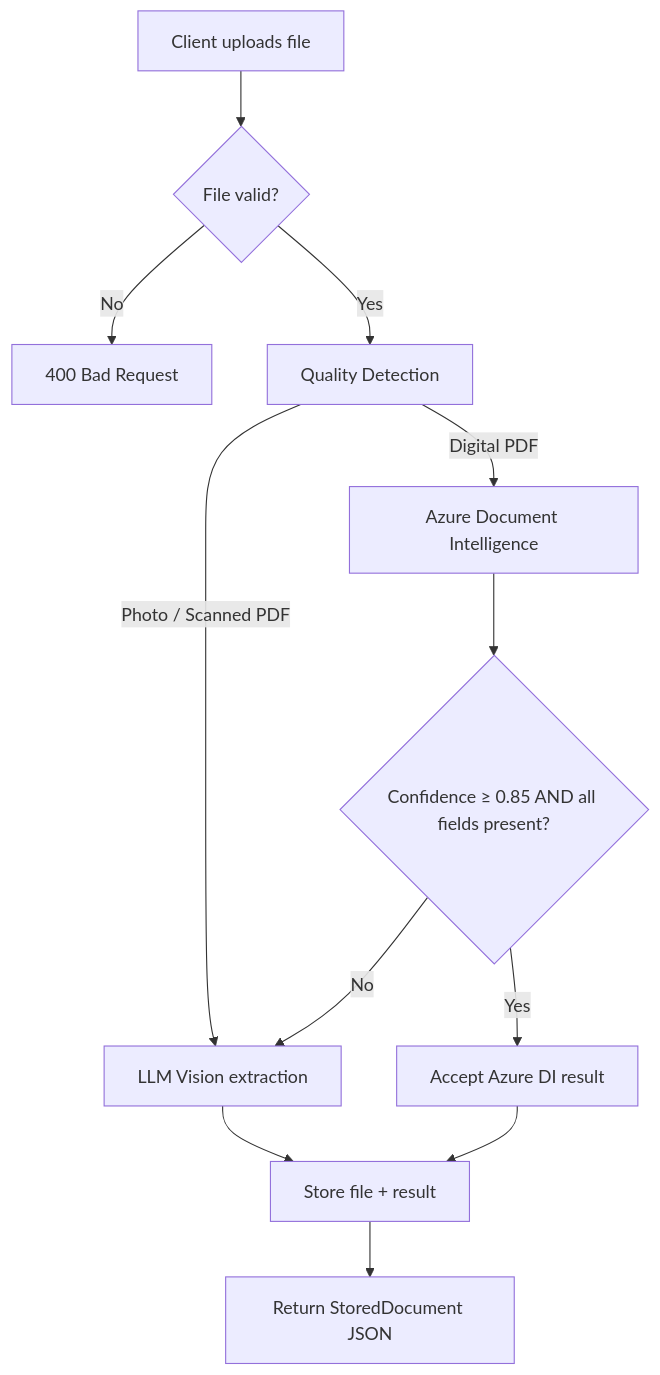
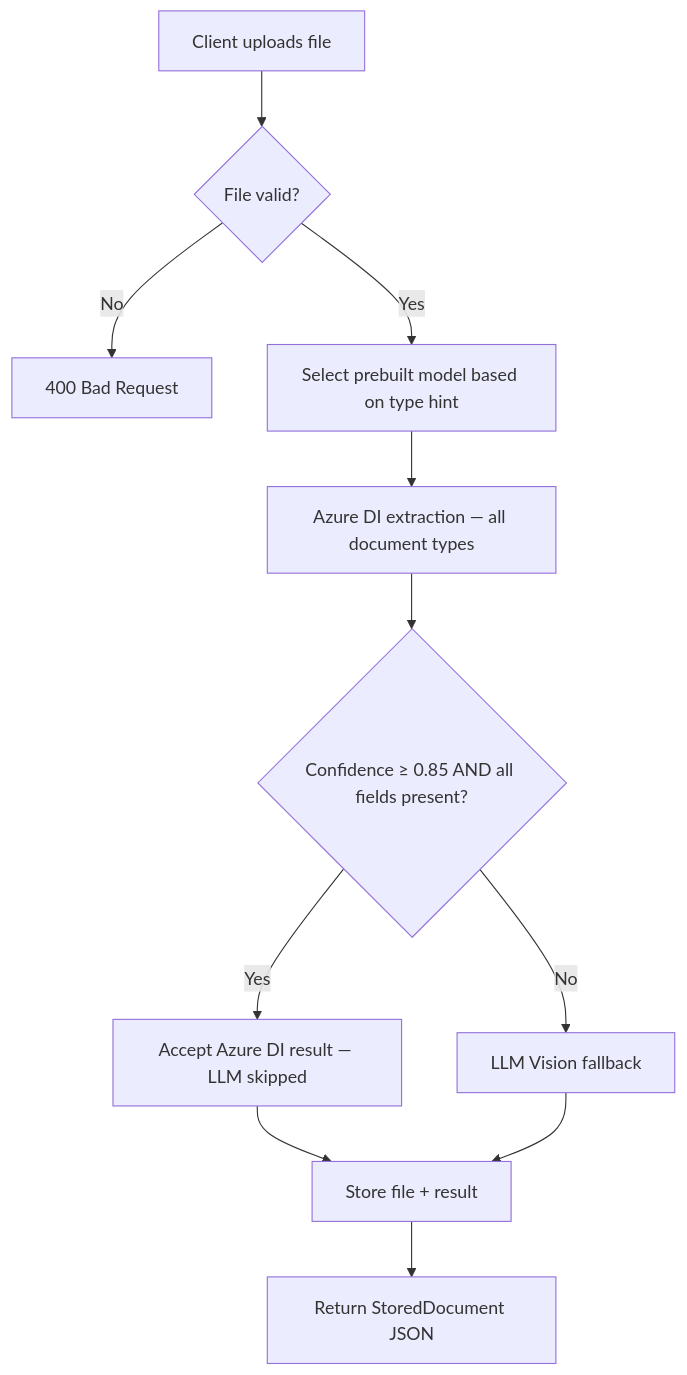
The first of 8 diagrams in README.md (harsha9099/document-intelligence-api), drawn with Mermaid before and after one commit. The commit also changed other lines of this file and 7 other files, not shown here.

First line of the commit message:
Route ALL documents through Azure DI first with smart prebuilt model selection

````diff
--- a/README.md
+++ b/README.md
@@ -51,14 +53,13 @@
 ```mermaid
 flowchart TD
     A[Client uploads file] --> B{File valid?}
     B -->|No| C[400 Bad Request]
-    B -->|Yes| D[Quality Detection]
-    D -->|Photo / Scanned PDF| E[LLM Vision extraction]
-    D -->|Digital PDF| F[Azure Document Intelligence]
-    F --> G{Confidence ≥ 0.85 AND all fields present?}
-    G -->|Yes| H[Accept Azure DI result]
-    G -->|No| E
-    E --> I[Store file + result]
+    B -->|Yes| D[Select prebuilt model based on type hint]
+    D --> E[Azure DI extraction — all document types]
+    E --> F{Confidence ≥ 0.85 AND all fields present?}
+    F -->|Yes| G[Accept Azure DI result — LLM skipped]
+    F -->|No| H[LLM Vision fallback]
+    G --> I[Store file + result]
     H --> I
     I --> J[Return StoredDocument JSON]
 ```
````
